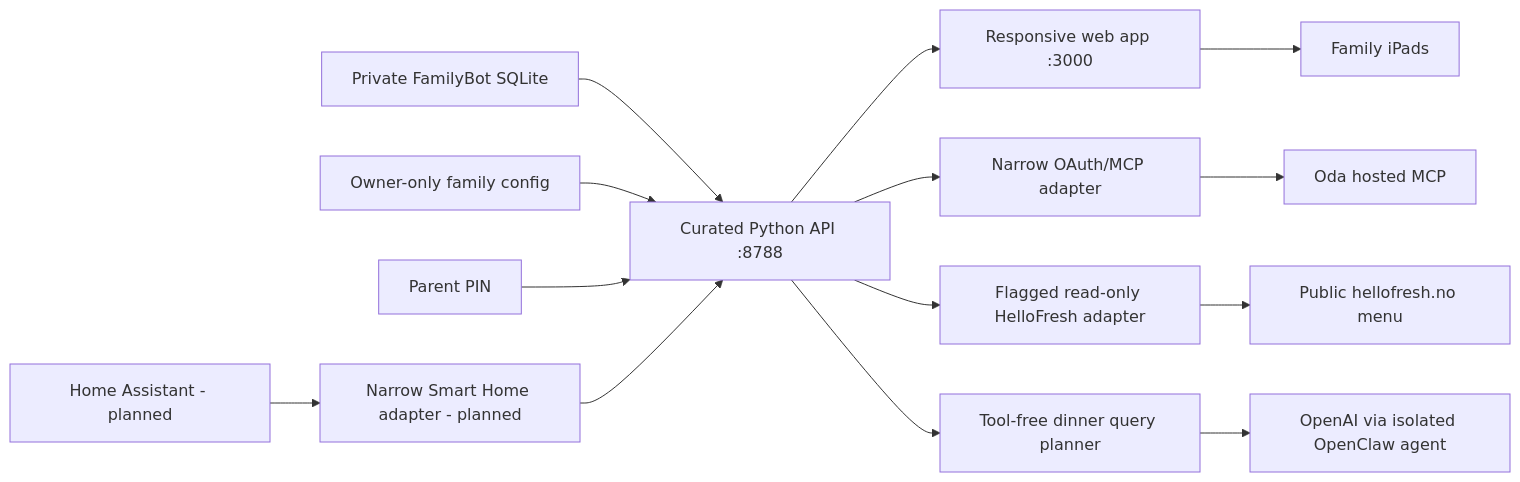
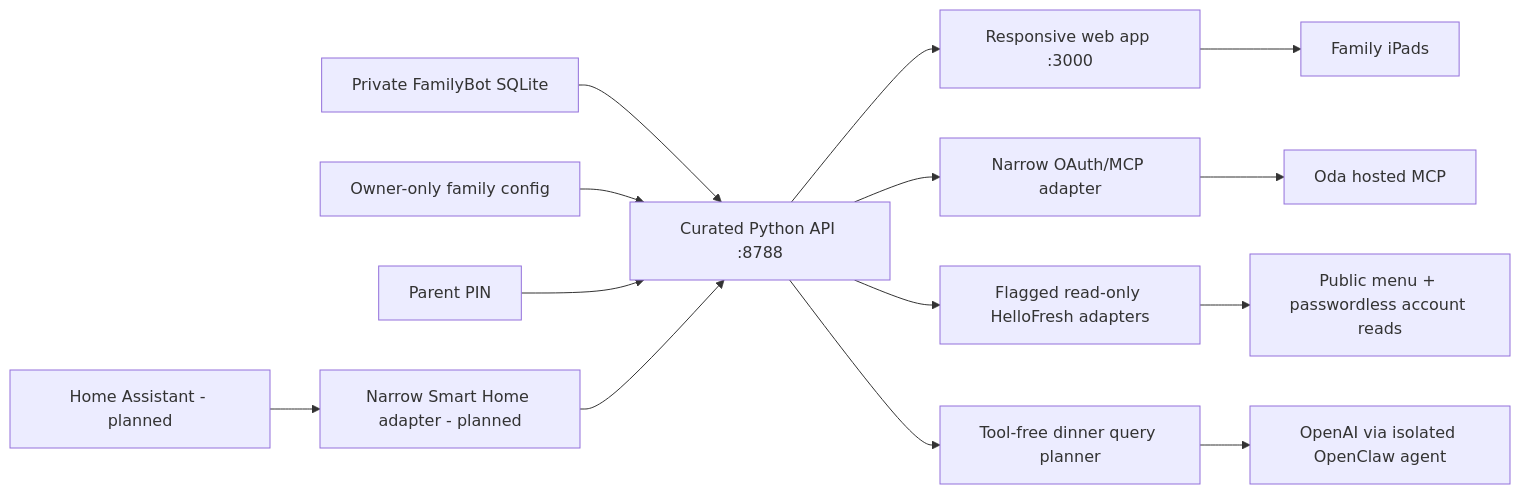
One commit to TrygveAasheim/familybot-portal changed the diagram in docs/DEVELOPMENT_GUIDE.md. Above: the diagram before and after it, drawn with Mermaid. The commit also changed other lines of this file and 16 other files, not shown here.

Commit message:
feat: add persistent HelloFresh account test

````diff
--- a/docs/DEVELOPMENT_GUIDE.md
+++ b/docs/DEVELOPMENT_GUIDE.md
@@ -25,16 +25,16 @@
 ```mermaid
 flowchart LR
   DB["Private FamilyBot SQLite"] --> API["Curated Python API :8788"]
   Config["Owner-only family config"] --> API
   API --> Web["Responsive web app :3000"]
   API --> Oda["Narrow OAuth/MCP adapter"]
   Oda --> OdaMCP["Oda hosted MCP"]
-  API --> HF["Flagged read-only HelloFresh adapter"]
-  HF --> HFNO["Public hellofresh.no menu"]
+  API --> HF["Flagged read-only HelloFresh adapters"]
+  HF --> HFNO["Public menu + passwordless account reads"]
   API --> Dinner["Tool-free dinner query planner"]
   Dinner --> OpenAI["OpenAI via isolated OpenClaw agent"]
   Web --> iPad["Family iPads"]
   Parent["Parent PIN"] --> API
   HA["Home Assistant - planned"] --> Smart["Narrow Smart Home adapter - planned"]
   Smart --> API
 ```
````
